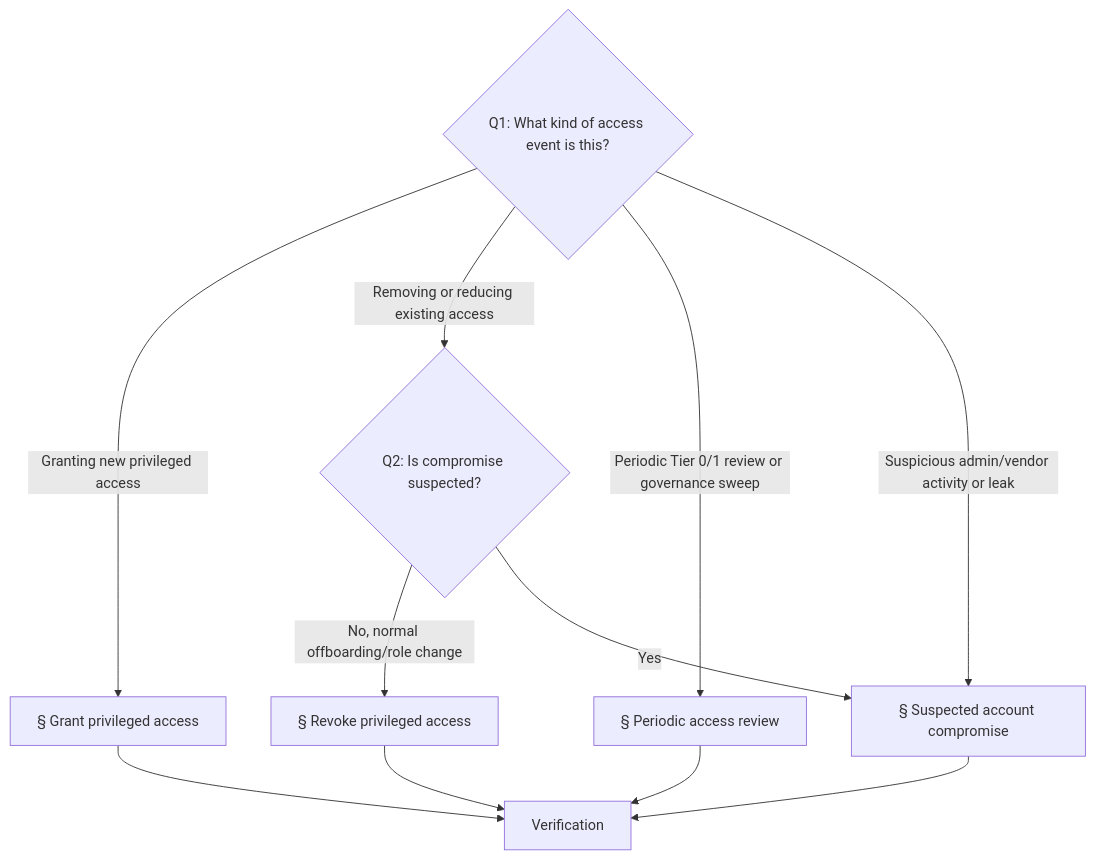
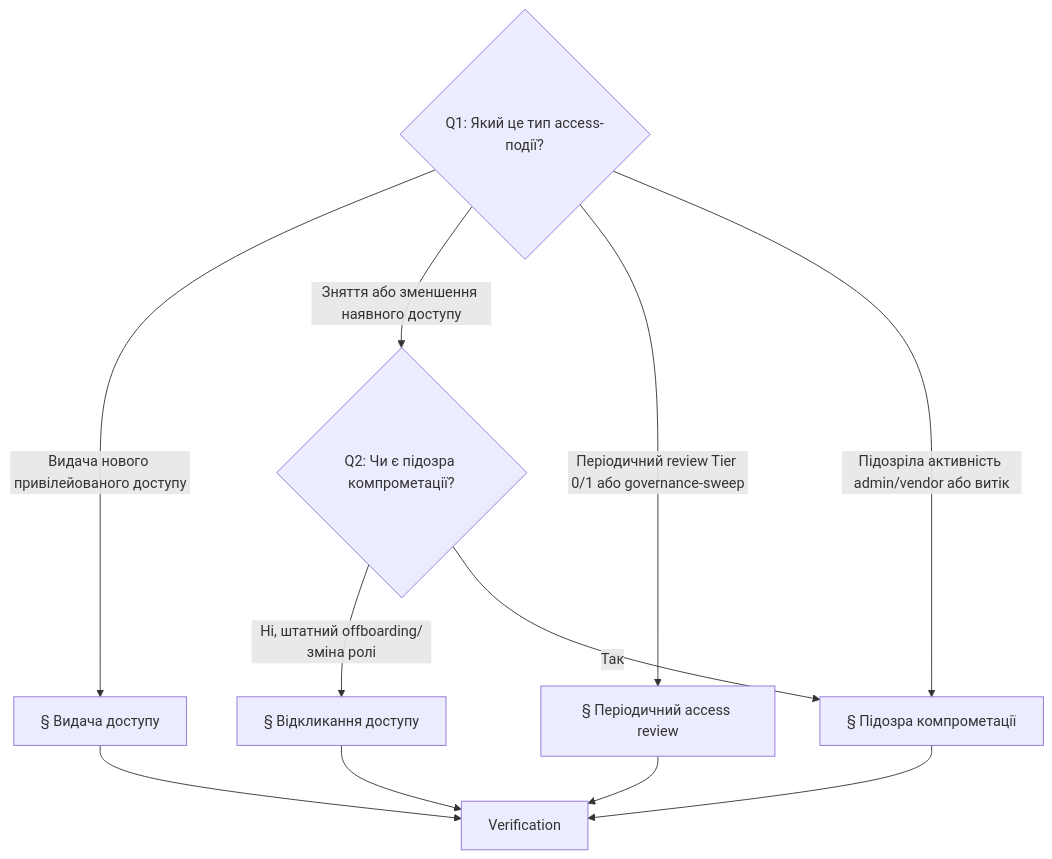
The diagram in docs/playbooks/access-governance.md (Skords-01/Sergeant), drawn with Mermaid before and after one commit. The commit also changed other lines of this file, not shown here.

Commit message:
docs(docs): translate access-governance.md to UA (initiative 0009 PR 1.2b)

````diff
--- a/docs/playbooks/access-governance.md
+++ b/docs/playbooks/access-governance.md
@@ -23,16 +23,16 @@
 ```mermaid
 flowchart TD
-    Q1{"Q1: What kind of access event is this?"}
-    Q1 -- "Granting new privileged access" --> GRANT["§ Grant privileged access"]
-    Q1 -- "Removing or reducing existing access" --> Q2{"Q2: Is compromise suspected?"}
-    Q1 -- "Periodic Tier 0/1 review or governance sweep" --> REVIEW["§ Periodic access review"]
-    Q1 -- "Suspicious admin/vendor activity or leak" --> COMP["§ Suspected account compromise"]
+    Q1{"Q1: Який це тип access-події?"}
+    Q1 -- "Видача нового привілейованого доступу" --> GRANT["§ Видача доступу"]
+    Q1 -- "Зняття або зменшення наявного доступу" --> Q2{"Q2: Чи є підозра компрометації?"}
+    Q1 -- "Періодичний review Tier 0/1 або governance-sweep" --> REVIEW["§ Періодичний access review"]
+    Q1 -- "Підозріла активність admin/vendor або витік" --> COMP["§ Підозра компрометації"]
 
-    Q2 -- "No, normal offboarding/role change" --> REVOKE["§ Revoke privileged access"]
-    Q2 -- "Yes" --> COMP
+    Q2 -- "Ні, штатний offboarding/зміна ролі" --> REVOKE["§ Відкликання доступу"]
+    Q2 -- "Так" --> COMP
 
     GRANT --> VERIFY["Verification"]
     REVOKE --> VERIFY
     REVIEW --> VERIFY
     COMP --> VERIFY
 ```
````
